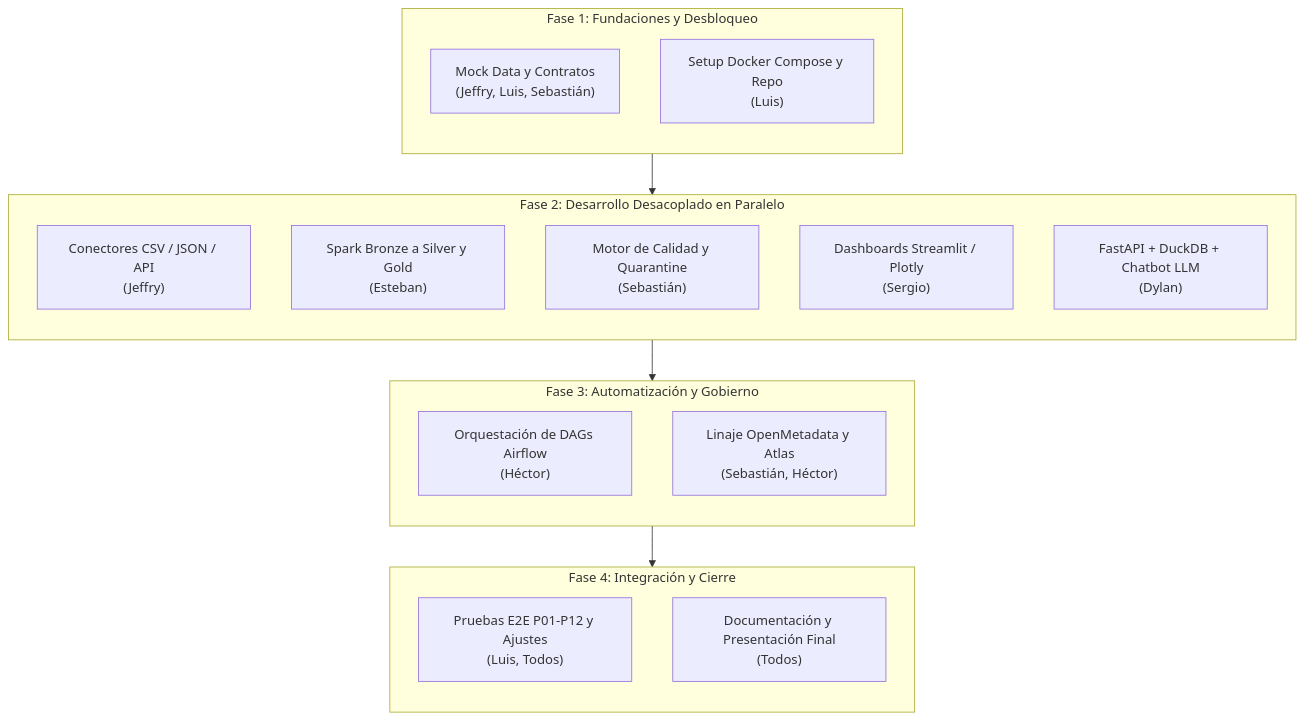
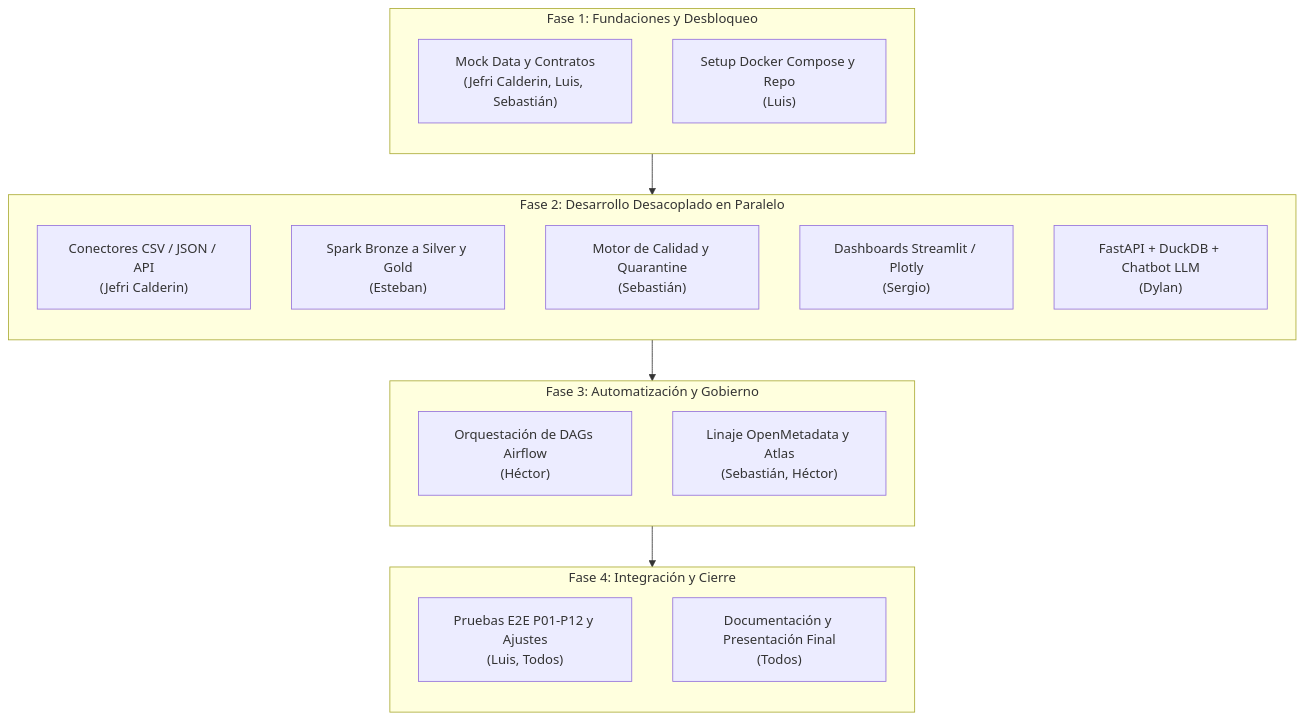
The second of 3 diagrams in documentation/historias-de-usuario.md (dypok/Pipeline-analitica), drawn with Mermaid before and after one commit. The commit also changed other lines of this file, not shown here.

````diff
--- a/documentation/historias-de-usuario.md
+++ b/documentation/historias-de-usuario.md
@@ -101,33 +101,33 @@
 ```mermaid
 flowchart TD
     subgraph F1["Fase 1: Fundaciones y Desbloqueo"]
         direction TB
-        MOCK["Mock Data y Contratos\n(Jeffry, Luis, Sebastián)"]
+        MOCK["Mock Data y Contratos\n(Jefri Calderin, Luis, Sebastián)"]
         ENV["Setup Docker Compose y Repo\n(Luis)"]
     end
 
     subgraph F2["Fase 2: Desarrollo Desacoplado en Paralelo"]
         direction TB
-        CON["Conectores CSV / JSON / API\n(Jeffry)"]
+        CON["Conectores CSV / JSON / API\n(Jefri Calderin)"]
         SPK["Spark Bronze a Silver y Gold\n(Esteban)"]
         QUA["Motor de Calidad y Quarantine\n(Sebastián)"]
         DSH["Dashboards Streamlit / Plotly\n(Sergio)"]
         CHT["FastAPI + DuckDB + Chatbot LLM\n(Dylan)"]
     end
 
     subgraph F3["Fase 3: Automatización y Gobierno"]
         direction TB
         AIR["Orquestación de DAGs Airflow\n(Héctor)"]
         GOV["Linaje OpenMetadata y Atlas\n(Sebastián, Héctor)"]
     end
 
     subgraph F4["Fase 4: Integración y Cierre"]
         direction TB
         E2E["Pruebas E2E P01-P12 y Ajustes\n(Luis, Todos)"]
         DOC["Documentación y Presentación Final\n(Todos)"]
     end
 
     F1 --> F2
     F2 --> F3
     F3 --> F4
 ```
````
